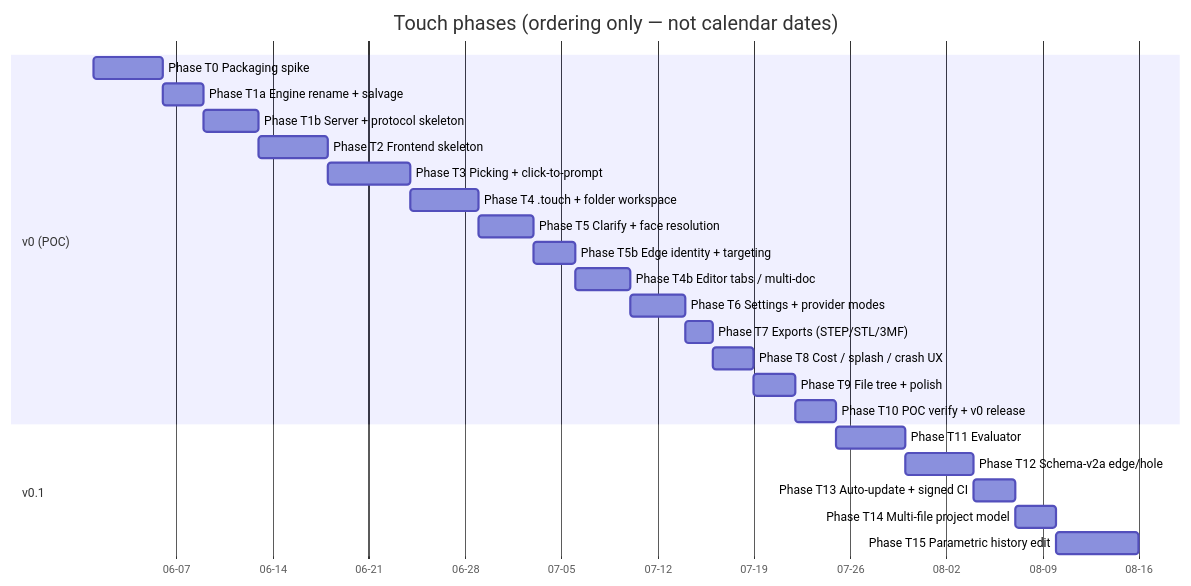
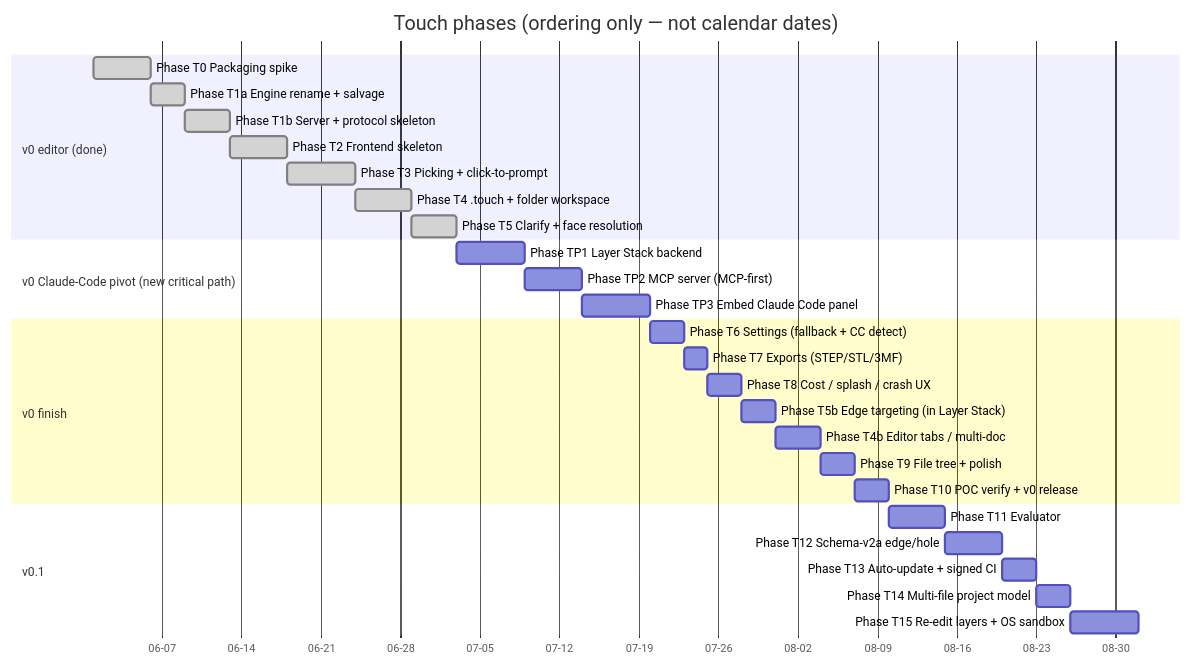
Before and after one commit to vandpaolo/touch: the diagram in docs/03-roadmap.md, drawn with Mermaid. The commit also changed other lines of this file and 3 other files, not shown here.

First line of the commit message:
docs(roadmap): insert the Claude-Code/MCP pivot as the new critical path

````diff
--- a/docs/03-roadmap.md
+++ b/docs/03-roadmap.md
@@ -39,27 +39,32 @@
 ```mermaid
 gantt
     title Touch phases (ordering only — not calendar dates)
     dateFormat  YYYY-MM-DD
     axisFormat  %m-%d
-    section v0 (POC)
-    Phase T0   Packaging spike            :pT0, 2026-06-01, 5d
-    Phase T1a  Engine rename + salvage    :pT1a, after pT0, 3d
-    Phase T1b  Server + protocol skeleton :pT1b, after pT1a, 4d
-    Phase T2   Frontend skeleton          :pT2, after pT1b, 5d
-    Phase T3   Picking + click-to-prompt  :pT3, after pT2, 6d
-    Phase T4   .touch + folder workspace  :pT4, after pT3, 5d
-    Phase T5   Clarify + face resolution  :pT5, after pT4, 4d
-    Phase T5b  Edge identity + targeting  :pT5b, after pT5, 3d
-    Phase T4b  Editor tabs / multi-doc    :pT4b, after pT5b, 4d
-    Phase T6   Settings + provider modes  :pT6, after pT4b, 4d
+    section v0 editor (done)
+    Phase T0   Packaging spike            :done, pT0, 2026-06-01, 5d
+    Phase T1a  Engine rename + salvage    :done, pT1a, after pT0, 3d
+    Phase T1b  Server + protocol skeleton :done, pT1b, after pT1a, 4d
+    Phase T2   Frontend skeleton          :done, pT2, after pT1b, 5d
+    Phase T3   Picking + click-to-prompt  :done, pT3, after pT2, 6d
+    Phase T4   .touch + folder workspace  :done, pT4, after pT3, 5d
+    Phase T5   Clarify + face resolution  :done, pT5, after pT4, 4d
+    section v0 Claude-Code pivot (new critical path)
+    Phase TP1  Layer Stack backend        :pTP1, after pT5, 6d
+    Phase TP2  MCP server (MCP-first)     :pTP2, after pTP1, 5d
+    Phase TP3  Embed Claude Code panel    :pTP3, after pTP2, 6d
+    section v0 finish
+    Phase T6   Settings (fallback + CC detect) :pT6, after pTP3, 3d
     Phase T7   Exports (STEP/STL/3MF)     :pT7, after pT6, 2d
     Phase T8   Cost / splash / crash UX   :pT8, after pT7, 3d
-    Phase T9   File tree + polish         :pT9, after pT8, 3d
+    Phase T5b  Edge targeting (in Layer Stack) :pT5b, after pT8, 3d
+    Phase T4b  Editor tabs / multi-doc    :pT4b, after pT5b, 4d
+    Phase T9   File tree + polish         :pT9, after pT4b, 3d
     Phase T10  POC verify + v0 release    :pT10, after pT9, 3d
     section v0.1
     Phase T11  Evaluator                  :pT11, after pT10, 5d
     Phase T12  Schema-v2a edge/hole       :pT12, after pT11, 5d
     Phase T13  Auto-update + signed CI    :pT13, after pT12, 3d
     Phase T14  Multi-file project model   :pT14, after pT13, 3d
-    Phase T15  Parametric history edit    :pT15, after pT14, 6d
+    Phase T15  Re-edit layers + OS sandbox :pT15, after pT14, 6d
 ```
````
